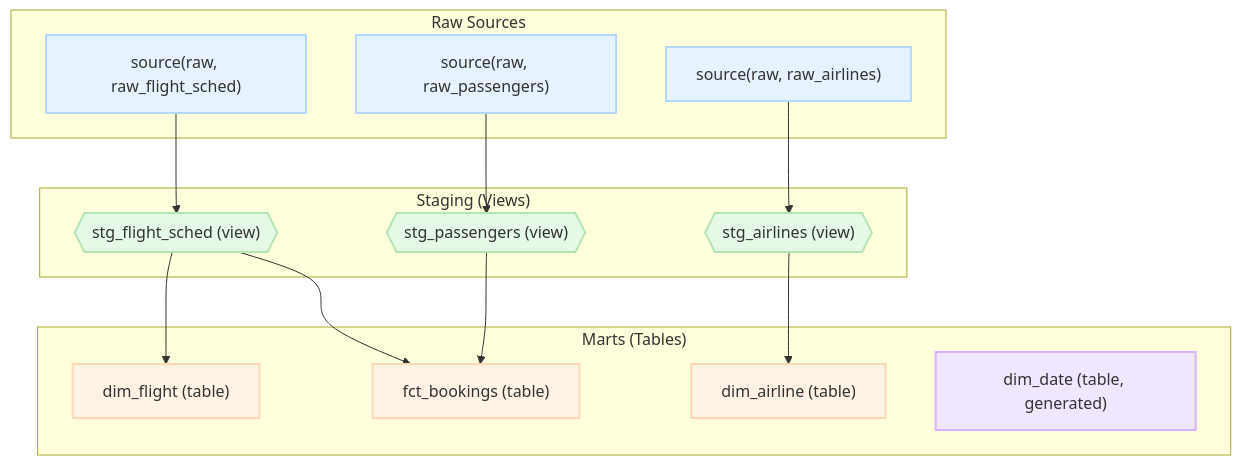
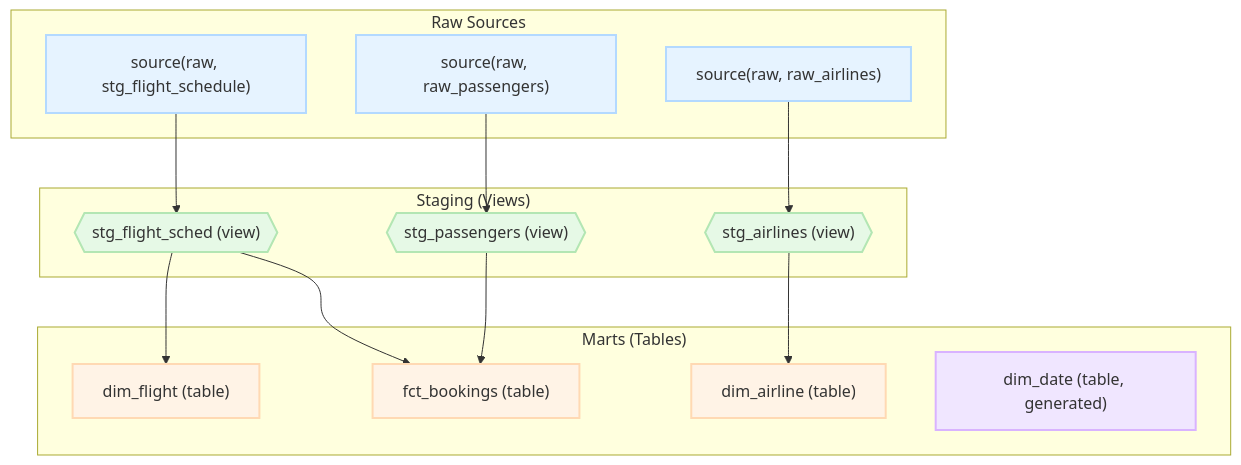
One commit to limonias/Flights_Assignment3 changed the diagram in README.md. Above: the diagram before and after it, drawn with Mermaid. The commit also changed other lines of this file, not shown here.

````diff
--- a/README.md
+++ b/README.md
@@ -46,47 +46,47 @@
 ```mermaid
 graph TD
     %% --- Node Styling ---
     classDef source fill:#E6F3FF,stroke:#B3D9FF,stroke-width:2px,color:#333
     classDef view fill:#E6F9E6,stroke:#B3E6B3,stroke-width:2px,color:#333
     classDef table fill:#FFF3E6,stroke:#FFD9B3,stroke-width:2px,color:#333
     classDef seed fill:#F0E6FF,stroke:#D9B3FF,stroke-width:2px,color:#333
 
     %% --- Layer 0: Sources ---
     subgraph "Raw Sources"
-        src_flights["source(raw, raw_flight_sched)"]
+        src_flights["source(raw, stg_flight_schedule)"]
         src_passengers["source(raw, raw_passengers)"]
         src_airlines["source(raw, raw_airlines)"]
     end
 
     %% --- Layer 1: Staging (Views) ---
     subgraph "Staging (Views)"
         stg_flight_sched{{"stg_flight_sched (view)"}}
         stg_passengers{{"stg_passengers (view)"}}
         stg_airlines{{"stg_airlines (view)"}}
     end
 
     %% --- Layer 2: Marts (Tables) ---
     subgraph "Marts (Tables)"
         dim_flight["dim_flight (table)"]
         dim_airline["dim_airline (table)"]
         fct_bookings["fct_bookings (table)"]
         dim_date["dim_date (table, generated)"]
     end
     
     %% --- Link Definitions ---
     src_flights --> stg_flight_sched
     src_passengers --> stg_passengers
     src_airlines --> stg_airlines
     
     stg_flight_sched --> dim_flight
     stg_airlines --> dim_airline
     
     stg_passengers --> fct_bookings
     stg_flight_sched --> fct_bookings
 
     %% --- Style Application ---
     class src_flights,src_passengers,src_airlines source
     class stg_flight_sched,stg_passengers,stg_airlines view
     class dim_flight,dim_airline,fct_bookings table
     class dim_date seed
 ```
````
